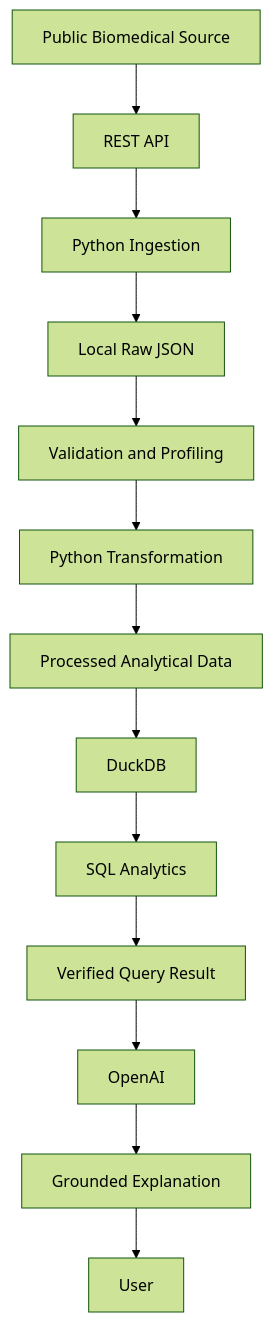
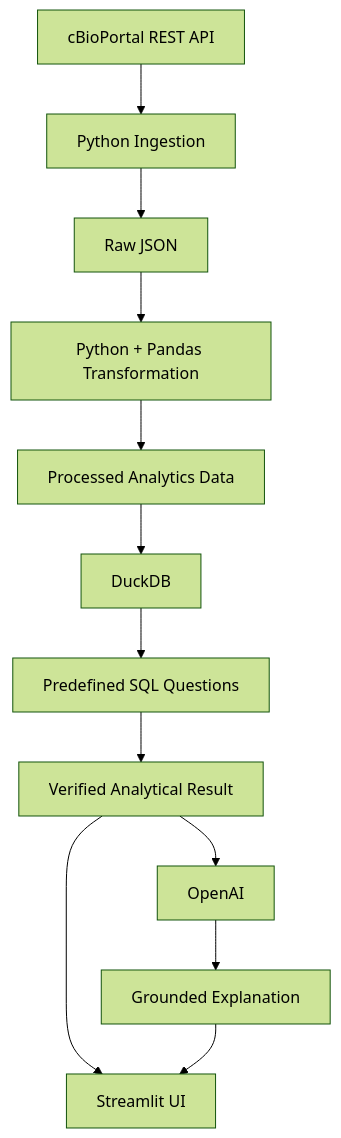
The first of 2 diagrams in docs/architecture.md (HaneefaShaikGit/biodata-copilot), drawn with Mermaid (forest theme) before and after one commit. The commit also changed other lines of this file and 13 other files, not shown here.

Commit message:
Polish BioData Copilot V1 documentation and demo

````diff
--- a/docs/architecture.md
+++ b/docs/architecture.md
@@ -5,15 +23,14 @@
 ```mermaid
 flowchart TD
-    A[Public Biomedical Source] --> B[REST API]
-    B --> C[Python Ingestion]
-    C --> D[Local Raw JSON]
-    D --> E[Validation and Profiling]
-    E --> F[Python Transformation]
-    F --> G[Processed Analytical Data]
-    G --> H[DuckDB]
-    H --> I[SQL Analytics]
-    I --> J[Verified Query Result]
-    J --> K[OpenAI]
-    K --> L[Grounded Explanation]
-    L --> M[User]
+    A[cBioPortal REST API] --> B[Python Ingestion]
+    B --> C[Raw JSON]
+    C --> D[Python + Pandas Transformation]
+    D --> E[Processed Analytics Data]
+    E --> F[DuckDB]
+    F --> G[Predefined SQL Questions]
+    G --> H[Verified Analytical Result]
+    H --> I[OpenAI]
+    I --> J[Grounded Explanation]
+    H --> K[Streamlit UI]
+    J --> K
 ```
````
